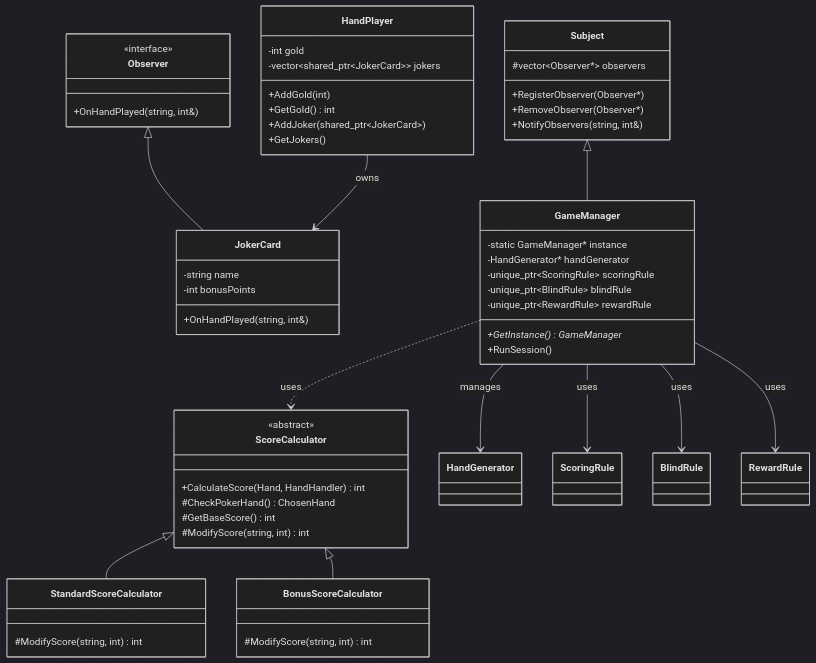
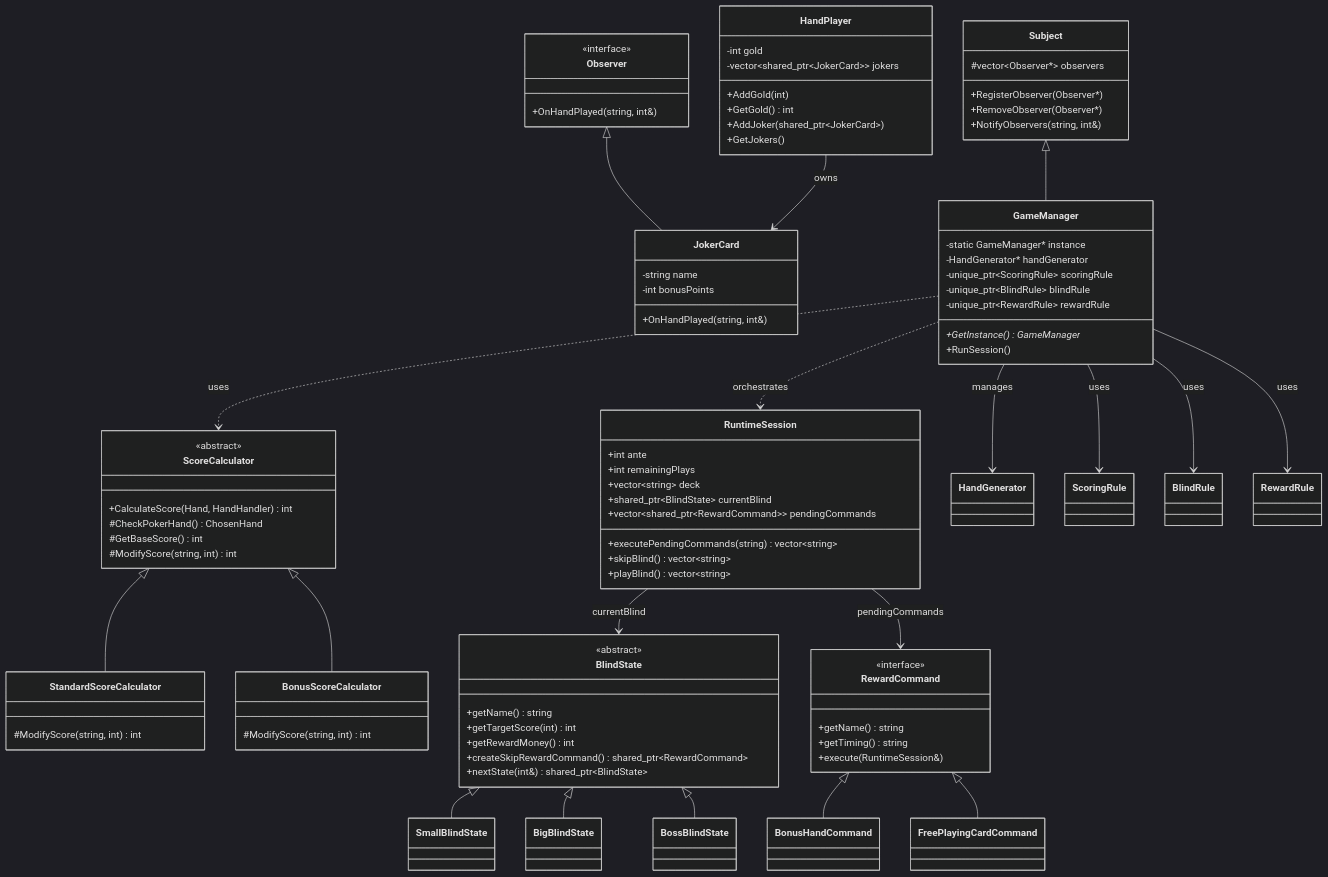
The second of 2 diagrams in docs/design-pattern-analysis.md (Amrhea/Kel.DesignPattern), drawn with Mermaid (dark theme) before and after one commit. The commit also changed other lines of this file and 4 other files, not shown here.

Commit message:
docs: update documentation and diagrams for blind progression and skip reward refactor

````diff
--- a/docs/design-pattern-analysis.md
+++ b/docs/design-pattern-analysis.md
@@ -184,16 +196,59 @@
         #ModifyScore(string, int) int
     }
 
+    class BlindState {
+        <<abstract>>
+        +getName() string
+        +getTargetScore(int) int
+        +getRewardMoney() int
+        +createSkipRewardCommand() shared_ptr~RewardCommand~
+        +nextState(int&) shared_ptr~BlindState~
+    }
+    class SmallBlindState
+    class BigBlindState
+    class BossBlindState
+
+    class RewardCommand {
+        <<interface>>
+        +getName() string
+        +getTiming() string
+        +execute(RuntimeSession&)
+    }
+    class BonusHandCommand
+    class FreePlayingCardCommand
+
+    class RuntimeSession {
+        +int ante
+        +int remainingPlays
+        +vector~string~ deck
+        +shared_ptr~BlindState~ currentBlind
+        +vector~shared_ptr~RewardCommand~~ pendingCommands
+        +executePendingCommands(string) vector~string~
+        +skipBlind() vector~string~
+        +playBlind() vector~string~
+    }
+
     Subject <|-- GameManager
     Observer <|-- JokerCard
     ScoreCalculator <|-- StandardScoreCalculator
     ScoreCalculator <|-- BonusScoreCalculator
+
+    BlindState <|-- SmallBlindState
+    BlindState <|-- BigBlindState
+    BlindState <|-- BossBlindState
+
+    RewardCommand <|-- BonusHandCommand
+    RewardCommand <|-- FreePlayingCardCommand
 
     GameManager --> HandGenerator : manages
     GameManager --> ScoringRule : uses
     GameManager --> BlindRule : uses
     GameManager --> RewardRule : uses
     GameManager ..> ScoreCalculator : uses
+    GameManager ..> RuntimeSession : orchestrates
+
+    RuntimeSession --> BlindState : currentBlind
+    RuntimeSession --> RewardCommand : pendingCommands
 
     HandPlayer --> JokerCard : owns
 ```
````
